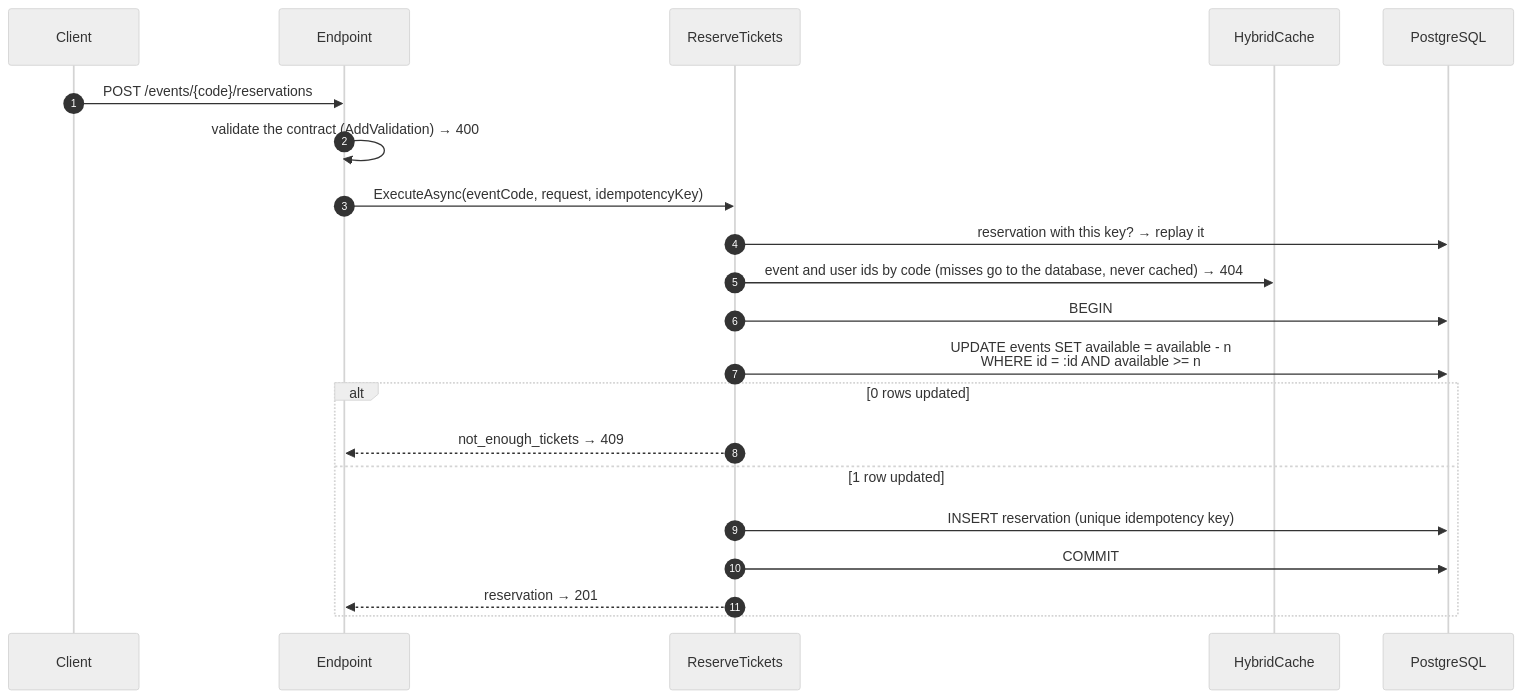
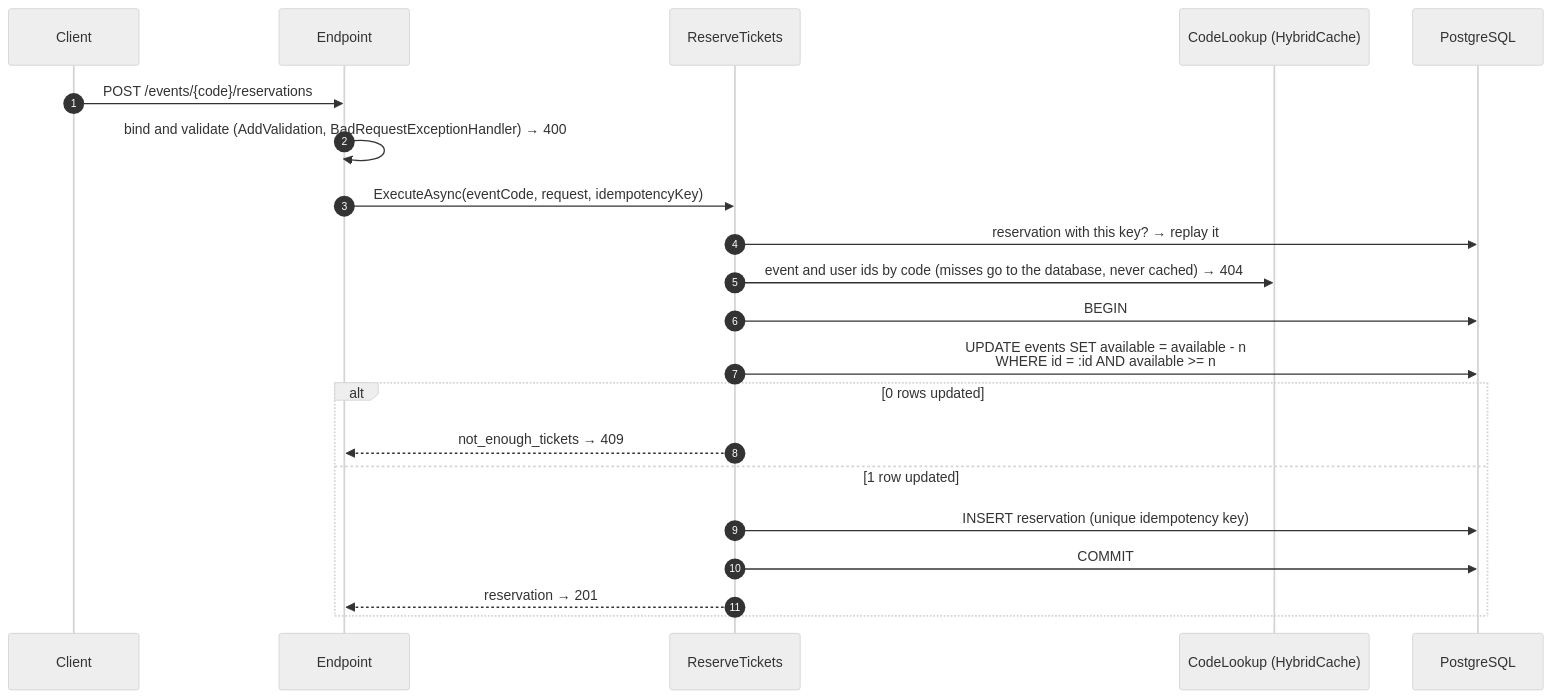
Before and after one commit to juanfernandez03/funevents-ticketing: the third of 3 diagrams in README.md, drawn with Mermaid (neutral theme). The commit also changed other lines of this file and 2 other files, not shown here.

First line of the commit message:
docs: state when an interface is added, and follow the CodeLookup move

````diff
--- a/README.md
+++ b/README.md
@@ -249,24 +249,24 @@
 ```mermaid
 sequenceDiagram
     autonumber
     participant c as Client
     participant e as Endpoint
     participant u as ReserveTickets
-    participant h as HybridCache
+    participant h as CodeLookup (HybridCache)
     participant db as PostgreSQL
 
     c->>e: POST /events/{code}/reservations
-    e->>e: validate the contract (AddValidation) → 400
+    e->>e: bind and validate (AddValidation, BadRequestExceptionHandler) → 400
     e->>u: ExecuteAsync(eventCode, request, idempotencyKey)
     u->>db: reservation with this key? → replay it
     u->>h: event and user ids by code (misses go to the database, never cached) → 404
     u->>db: BEGIN
     u->>db: UPDATE events SET available = available - n<br/>WHERE id = :id AND available >= n
     alt 0 rows updated
         u-->>e: not_enough_tickets → 409
     else 1 row updated
         u->>db: INSERT reservation (unique idempotency key)
         u->>db: COMMIT
         u-->>e: reservation → 201
     end
 ```
````
